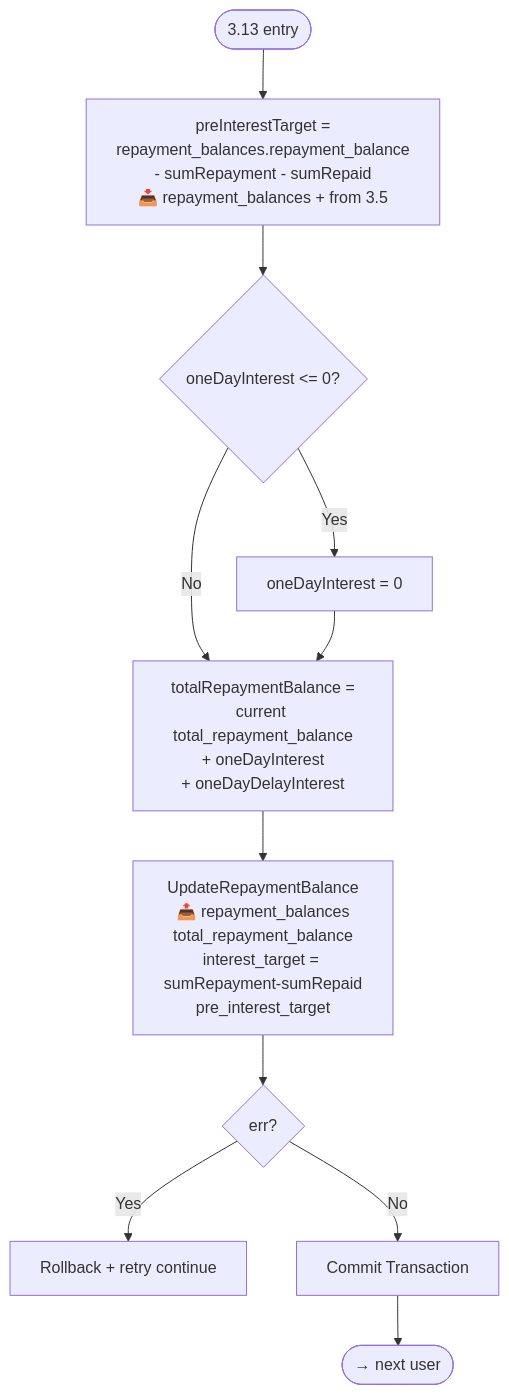
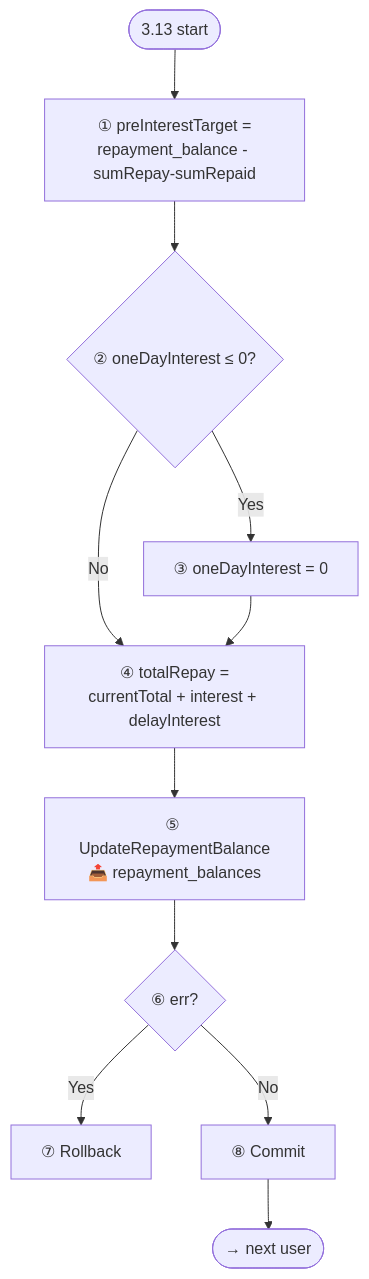
One commit to tungvv318/git-talk changed the sixth of 8 diagrams in README.md. Above: the diagram before and after it, drawn with Mermaid. The commit also changed other lines of this file, not shown here.

````diff
--- a/README.md
+++ b/README.md
@@ -183,13 +226,13 @@
 ```mermaid
 flowchart TD
-    Start([3.13 entry]) --> Calc[preInterestTarget =<br/>repayment_balances.repayment_balance<br/>- sumRepayment - sumRepaid<br/>📥 repayment_balances + from 3.5]
-    Calc --> Clamp{oneDayInterest <= 0?}
-    Clamp -- Yes --> ZeroInt[oneDayInterest = 0]
-    Clamp -- No --> Total
-    ZeroInt --> Total[totalRepaymentBalance =<br/>current total_repayment_balance<br/>+ oneDayInterest<br/>+ oneDayDelayInterest]
-    Total --> Update[UpdateRepaymentBalance<br/>📤 repayment_balances<br/>total_repayment_balance<br/>interest_target = sumRepayment-sumRepaid<br/>pre_interest_target]
-    Update --> Err{err?}
-    Err -- Yes --> Rollback[Rollback + retry continue]
-    Err -- No --> Commit[Commit Transaction]
-    Commit --> Loop([→ next user])
+    S([3.13 start]) --> P[① preInterestTarget =<br/>repayment_balance - sumRepay-sumRepaid]
+    P --> C{② oneDayInterest ≤ 0?}
+    C -- Yes --> Z[③ oneDayInterest = 0]
+    C -- No --> T
+    Z --> T[④ totalRepay =<br/>currentTotal + interest + delayInterest]
+    T --> U[⑤ UpdateRepaymentBalance<br/>📤 repayment_balances]
+    U --> E{⑥ err?}
+    E -- Yes --> RB[⑦ Rollback]
+    E -- No --> CM[⑧ Commit]
+    CM --> Next([→ next user])
 ```
````
